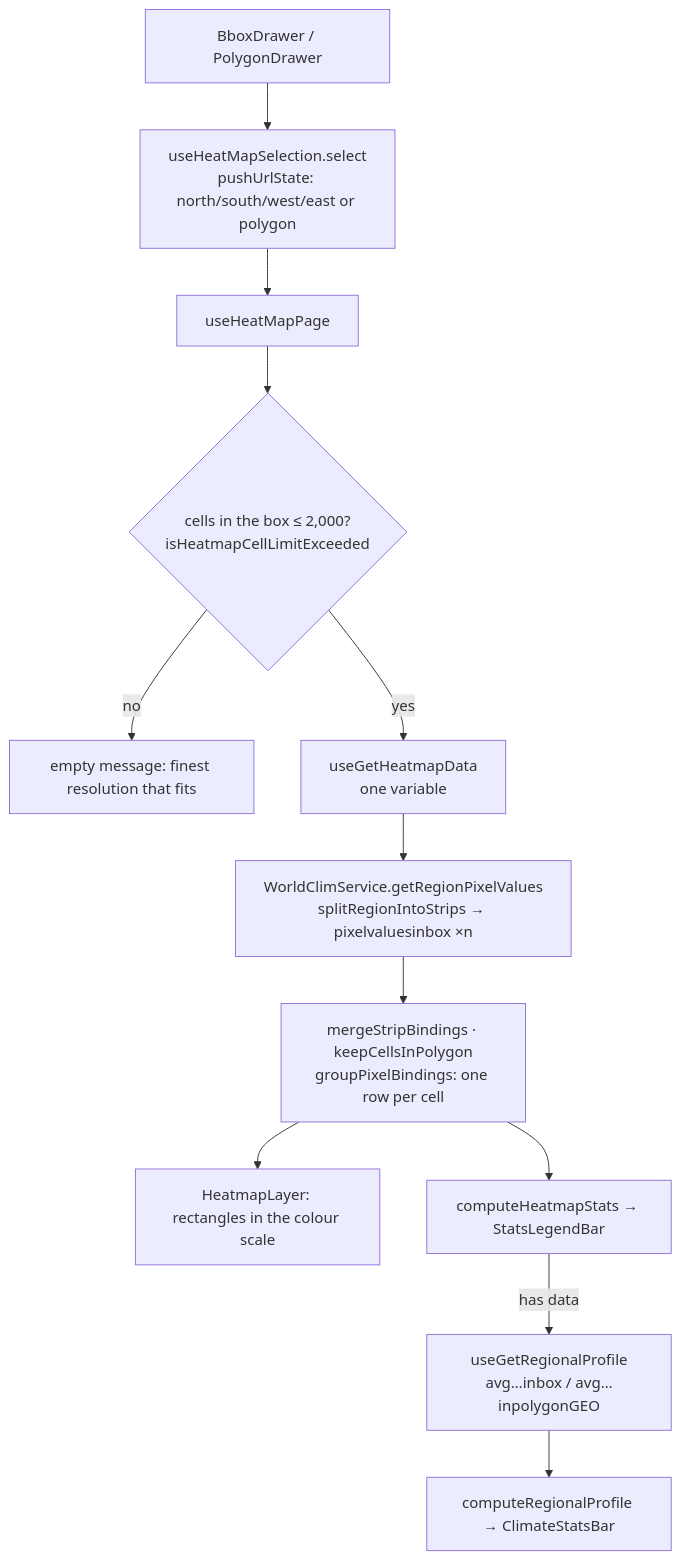
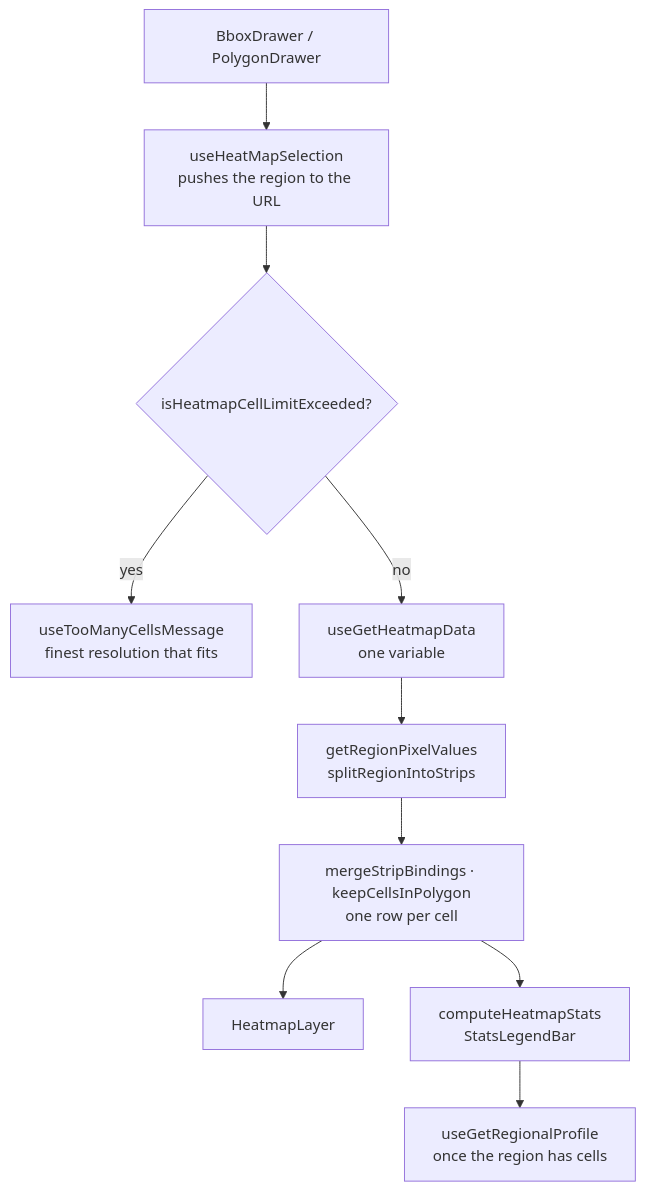
Before and after one commit to ClimaticaHQ/climatica-nextjs: the diagram in docs/heat-map.md, drawn with Mermaid. The commit also changed other lines of this file and 16 other files, not shown here.

Commit message:
feat(docs): update app docs with mermaids schematic diagrams

````diff
--- a/docs/heat-map.md
+++ b/docs/heat-map.md
@@ -23,14 +10,12 @@
 ```mermaid
 flowchart TD
-  draw["BboxDrawer / PolygonDrawer"] --> select["useHeatMapSelection.select<br/>pushUrlState: north/south/west/east or polygon"]
-  select --> page["useHeatMapPage"]
-  page --> cap{"cells in the box ≤ 2,000?<br/>isHeatmapCellLimitExceeded"}
-  cap -- no --> message["empty message: finest resolution that fits"]
-  cap -- yes --> cells["useGetHeatmapData<br/>one variable"]
-  cells --> strips["WorldClimService.getRegionPixelValues<br/>splitRegionIntoStrips → pixelvaluesinbox ×n"]
-  strips --> merge["mergeStripBindings · keepCellsInPolygon<br/>groupPixelBindings: one row per cell"]
-  merge --> layer["HeatmapLayer: rectangles in the colour scale"]
-  merge --> stats["computeHeatmapStats → StatsLegendBar"]
-  stats -- has data --> profile["useGetRegionalProfile<br/>avg…inbox / avg…inpolygonGEO"]
-  profile --> bar["computeRegionalProfile → ClimateStatsBar"]
+  draw["BboxDrawer / PolygonDrawer"] --> select["useHeatMapSelection<br/>pushes the region to the URL"]
+  select --> cap{"isHeatmapCellLimitExceeded?"}
+  cap -- yes --> message["useTooManyCellsMessage<br/>finest resolution that fits"]
+  cap -- no --> cells["useGetHeatmapData<br/>one variable"]
+  cells --> strips["getRegionPixelValues<br/>splitRegionIntoStrips"]
+  strips --> merge["mergeStripBindings · keepCellsInPolygon<br/>one row per cell"]
+  merge --> layer["HeatmapLayer"]
+  merge --> stats["computeHeatmapStats<br/>StatsLegendBar"]
+  stats --> profile["useGetRegionalProfile<br/>once the region has cells"]
 ```
````
